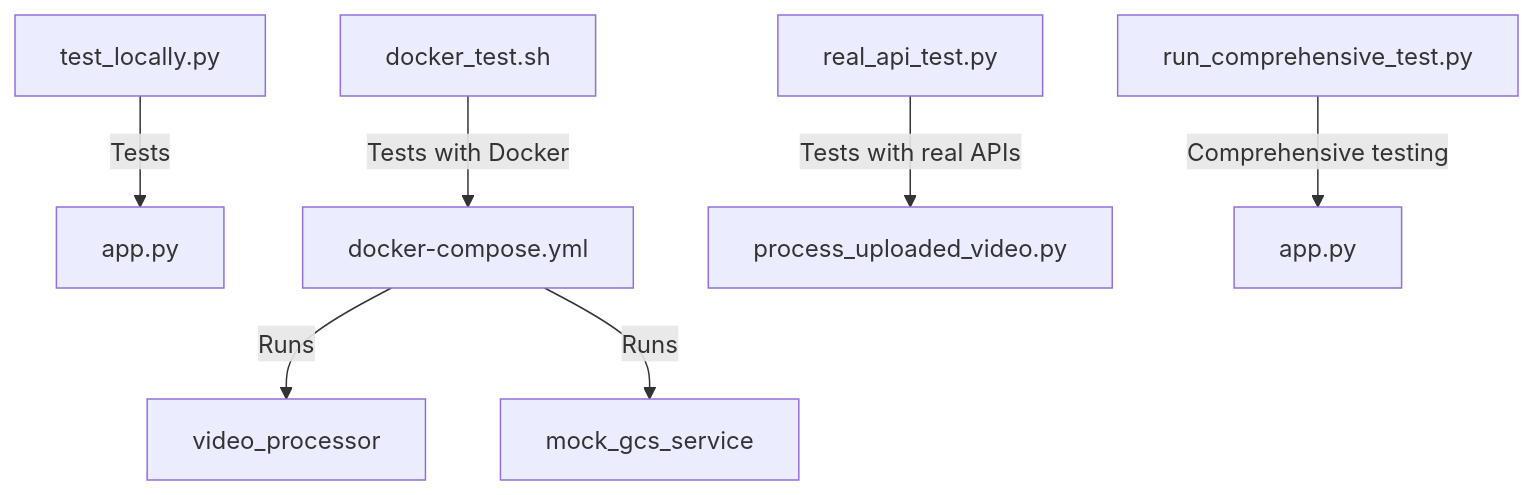
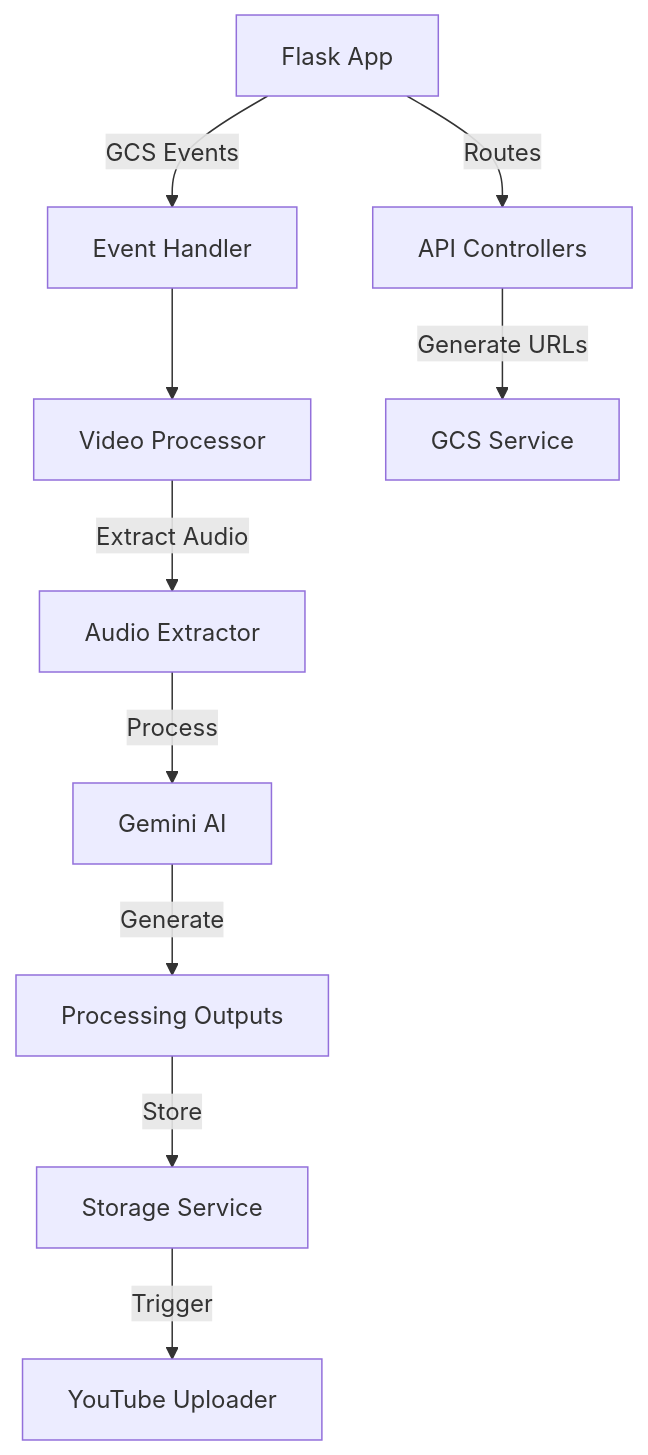
The third of 3 diagrams in docs/PROJECT_STRUCTURE.md (ParkerRex/echo), drawn with Mermaid before and after one commit. The commit also changed other lines of this file and 73 other files, not shown here.

````diff
--- a/docs/PROJECT_STRUCTURE.md
+++ b/docs/PROJECT_STRUCTURE.md
@@ -61,9 +126,12 @@
 ```mermaid
 flowchart TD
-    A[test_locally.py] -->|Tests| B[app.py]
-    C[docker_test.sh] -->|Tests with Docker| D[docker-compose.yml]
-    D -->|Runs| E[video_processor]
-    D -->|Runs| F[mock_gcs_service]
-    G[real_api_test.py] -->|Tests with real APIs| H[process_uploaded_video.py]
-    I[run_comprehensive_test.py] -->|Comprehensive testing| J[app.py]
+    App[Flask App] --> |Routes| API[API Controllers]
+    App --> |GCS Events| EventHandler[Event Handler]
+    EventHandler --> Processor[Video Processor]
+    API --> |Generate URLs| GCS[GCS Service]
+    Processor --> |Extract Audio| Audio[Audio Extractor]
+    Audio --> |Process| Gemini[Gemini AI]
+    Gemini --> |Generate| Outputs[Processing Outputs]
+    Outputs --> |Store| Storage[Storage Service]
+    Storage --> |Trigger| YouTube[YouTube Uploader]
 ```
````
